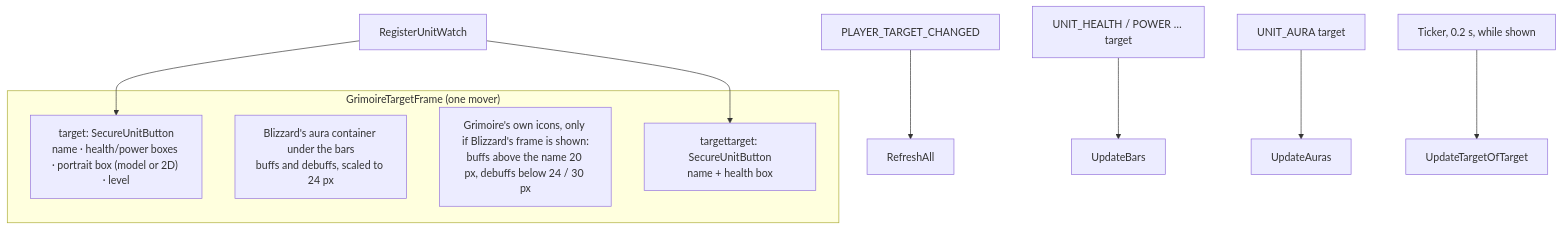
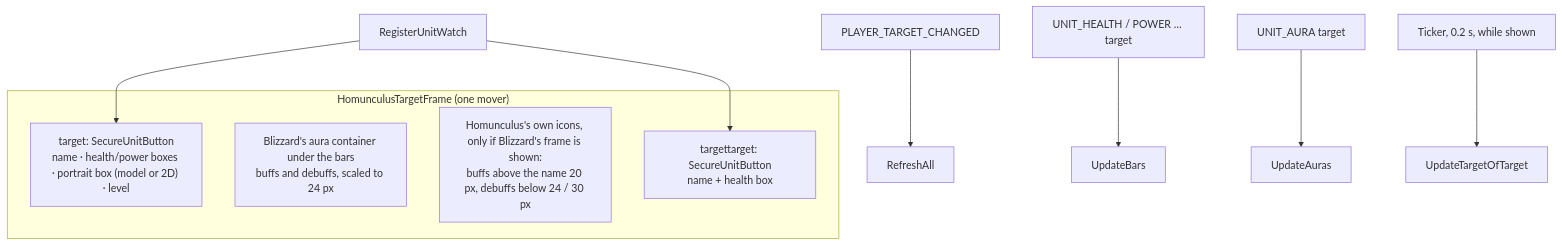
The second of 2 diagrams in docs/features/target/README.md (PhillypHenning/grimoire), drawn with Mermaid before and after one commit. The commit also changed other lines of this file and 178 other files, not shown here.

First line of the commit message:
Rename the suite from Grimoire to Homunculus (ADR 0010)

````diff
--- a/docs/features/target/README.md
+++ b/docs/features/target/README.md
@@ -26,14 +26,14 @@
 ```mermaid
 flowchart TD
-    subgraph Mover["GrimoireTargetFrame (one mover)"]
+    subgraph Mover["HomunculusTargetFrame (one mover)"]
         T["target: SecureUnitButton<br/>name · health/power boxes · portrait box (model or 2D) · level"]
         A[Blizzard's aura container under the bars<br/>buffs and debuffs, scaled to 24 px]
-        Own[Grimoire's own icons, only if Blizzard's frame is shown:<br/>buffs above the name 20 px, debuffs below 24 / 30 px]
+        Own[Homunculus's own icons, only if Blizzard's frame is shown:<br/>buffs above the name 20 px, debuffs below 24 / 30 px]
         ToT[targettarget: SecureUnitButton<br/>name + health box]
     end
     PTC[PLAYER_TARGET_CHANGED] --> RA[RefreshAll]
     UE[UNIT_HEALTH / POWER … target] --> Bars[UpdateBars]
     UA[UNIT_AURA target] --> Auras[UpdateAuras]
     TK[Ticker, 0.2 s, while shown] --> ToTU[UpdateTargetOfTarget]
     UW[RegisterUnitWatch] --> T & ToT
 ```
````
